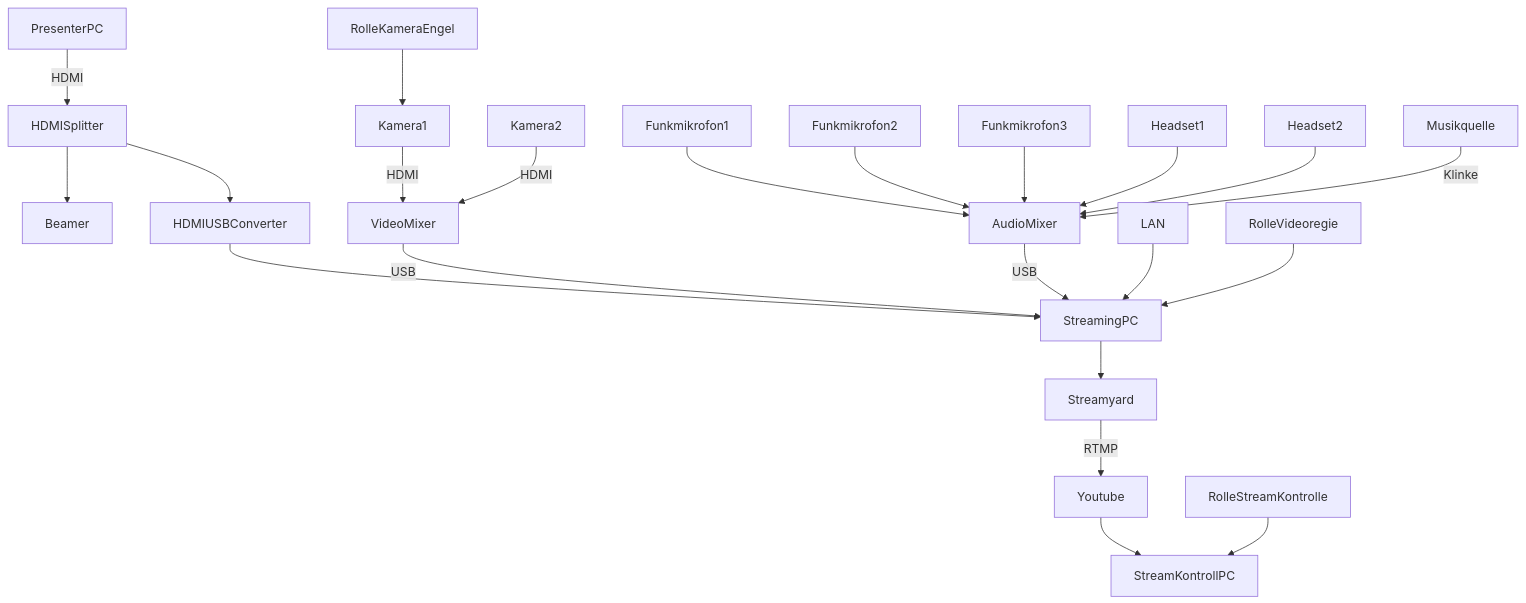
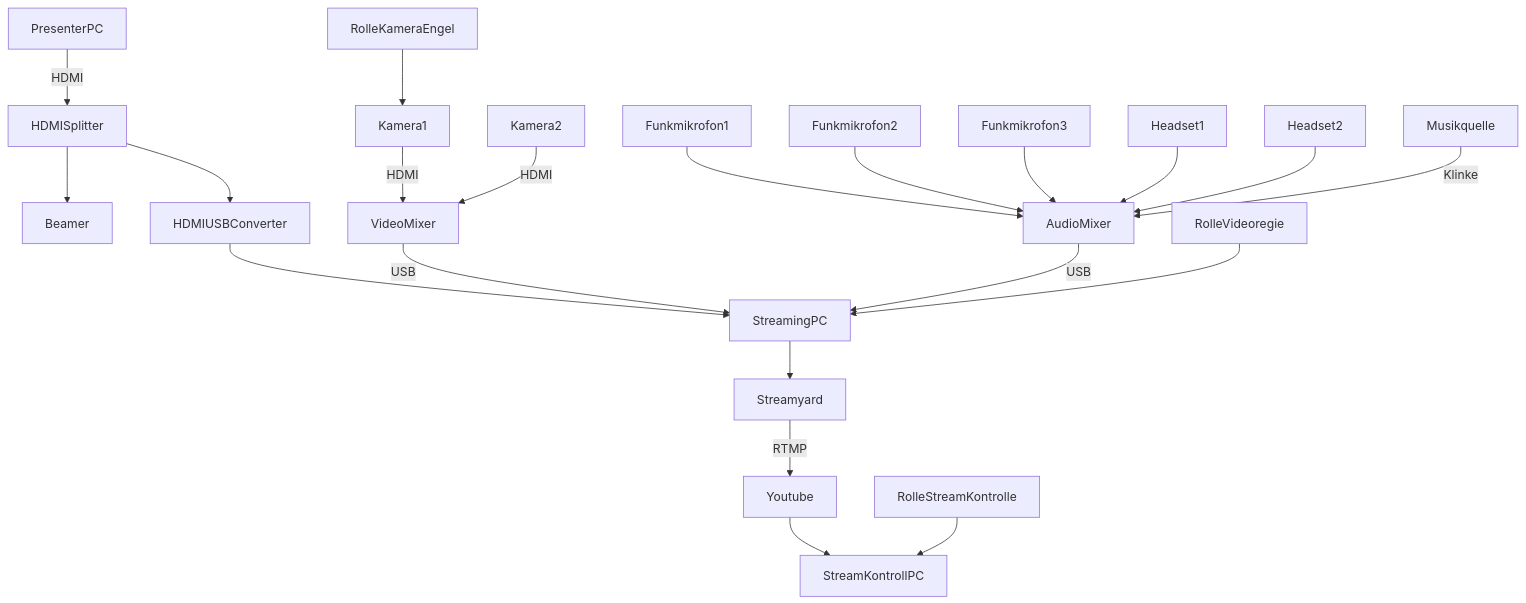
The first of 2 diagrams in loscon22/Readme.md (cogneon/digital-asset-pool), drawn with Mermaid before and after one commit.

````diff
--- a/loscon22/Readme.md
+++ b/loscon22/Readme.md
@@ -18,24 +18,23 @@
 ```mermaid
   graph TD;
       PresenterPC-->|HDMI|HDMISplitter;
       HDMISplitter-->Beamer;
       HDMISplitter-->HDMIUSBConverter;
       HDMIUSBConverter-->StreamingPC;
       Funkmikrofon1-->AudioMixer;
       Funkmikrofon2-->AudioMixer;
       Funkmikrofon3-->AudioMixer;
       Headset1-->AudioMixer;
       Headset2-->AudioMixer;
       Musikquelle-->|Klinke|AudioMixer;
       Kamera1-->|HDMI|VideoMixer;
       RolleKameraEngel-->Kamera1;
       Kamera2-->|HDMI|VideoMixer;
       VideoMixer-->|USB|StreamingPC;
       AudioMixer-->|USB|StreamingPC;
-      LAN-->StreamingPC;
       StreamingPC-->Streamyard;
       Streamyard-->|RTMP|Youtube;
       Youtube-->StreamKontrollPC;
       RolleVideoregie-->StreamingPC;
       RolleStreamKontrolle-->StreamKontrollPC;
 ```
````
